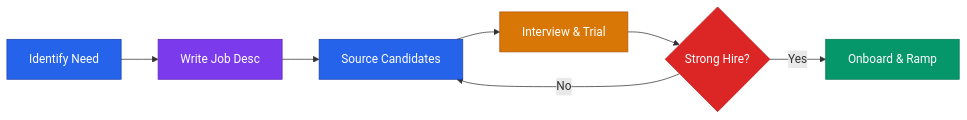
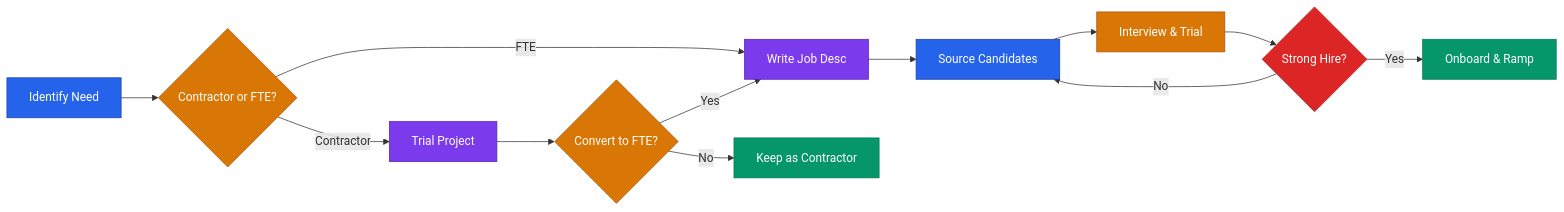
Before and after one commit to dougdevitre/access-to-business: the diagram in references/playbooks/team-hiring.md, drawn with Mermaid. The commit also changed other lines of this file and 8 other files, not shown here.

````diff
--- a/references/playbooks/team-hiring.md
+++ b/references/playbooks/team-hiring.md
@@ -3,15 +3,24 @@
 ```mermaid
 graph LR
-    A[Identify Need] --> B[Write Job Desc]
-    B --> C[Source Candidates]
-    C --> D[Interview & Trial]
-    D --> E{Strong Hire?}
-    E -- Yes --> F[Onboard & Ramp]
-    E -- No --> C
+    A[Identify Need] --> B{Contractor or FTE?}
+    B -- Contractor --> C[Trial Project]
+    B -- FTE --> D[Write Job Desc]
+    C --> E{Convert to FTE?}
+    E -- Yes --> D
+    E -- No --> F[Keep as Contractor]
+    D --> G[Source Candidates]
+    G --> H[Interview & Trial]
+    H --> I{Strong Hire?}
+    I -- Yes --> J[Onboard & Ramp]
+    I -- No --> G
     style A fill:#2563eb,stroke:#1e40af,color:#fff
-    style B fill:#7c3aed,stroke:#5b21b6,color:#fff
-    style C fill:#2563eb,stroke:#1e40af,color:#fff
-    style D fill:#d97706,stroke:#b45309,color:#fff
-    style E fill:#dc2626,stroke:#b91c1c,color:#fff
+    style B fill:#d97706,stroke:#b45309,color:#fff
+    style C fill:#7c3aed,stroke:#5b21b6,color:#fff
+    style D fill:#7c3aed,stroke:#5b21b6,color:#fff
+    style E fill:#d97706,stroke:#b45309,color:#fff
     style F fill:#059669,stroke:#047857,color:#fff
+    style G fill:#2563eb,stroke:#1e40af,color:#fff
+    style H fill:#d97706,stroke:#b45309,color:#fff
+    style I fill:#dc2626,stroke:#b91c1c,color:#fff
+    style J fill:#059669,stroke:#047857,color:#fff
 ```
````
